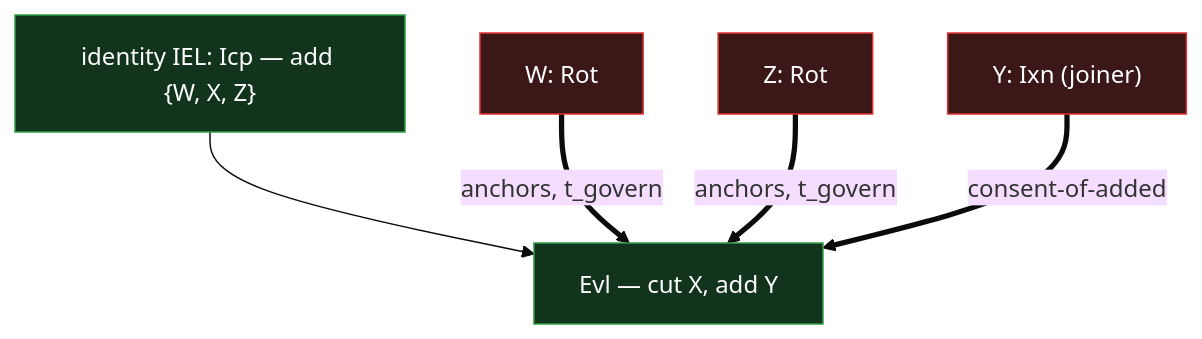
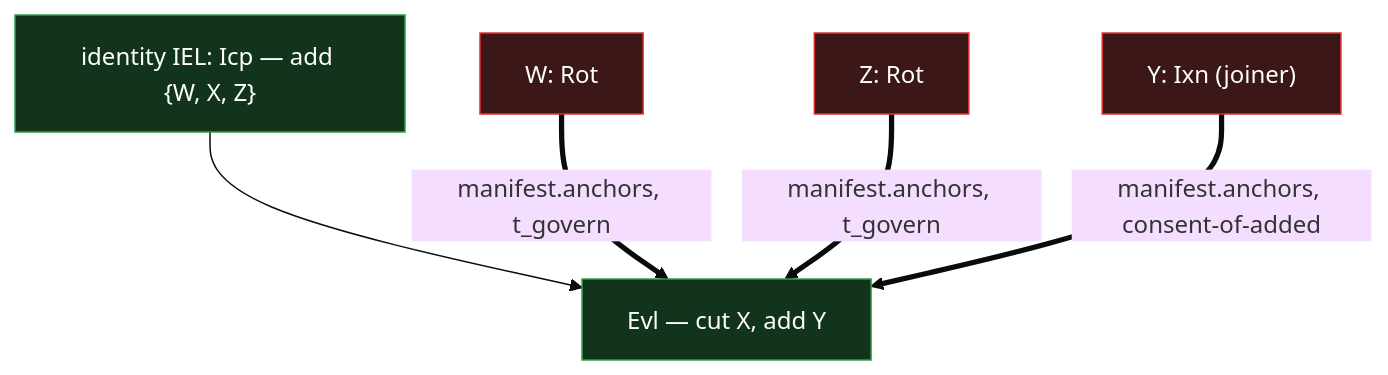
Before and after one commit to jasoncolburne/vdti: the fifth of 7 diagrams in docs/design/primitives/data/event-logs/event-shape.md, drawn with Mermaid (base theme). The commit also changed other lines of this file and 5 other files, not shown here.

````diff
--- a/docs/design/primitives/data/event-logs/event-shape.md
+++ b/docs/design/primitives/data/event-logs/event-shape.md
@@ -520,12 +520,12 @@
 ```mermaid
 flowchart TB
   iIcp["identity IEL: Icp — add {W, X, Z}"]:::iel --> iEvl["Evl — cut X, add Y"]:::iel
   wRot["W: Rot"]:::kel
   zRot["Z: Rot"]:::kel
   yIxn["Y: Ixn (joiner)"]:::kel
-  wRot ==>|anchors, t_govern| iEvl
-  zRot ==>|anchors, t_govern| iEvl
-  yIxn ==>|consent-of-added| iEvl
+  wRot ==>|manifest.anchors, t_govern| iEvl
+  zRot ==>|manifest.anchors, t_govern| iEvl
+  yIxn ==>|manifest.anchors, consent-of-added| iEvl
   classDef kel fill:#3b1717,stroke:#e03131,color:#fff
   classDef iel fill:#12331c,stroke:#2f9e44,color:#fff
 ```
````
